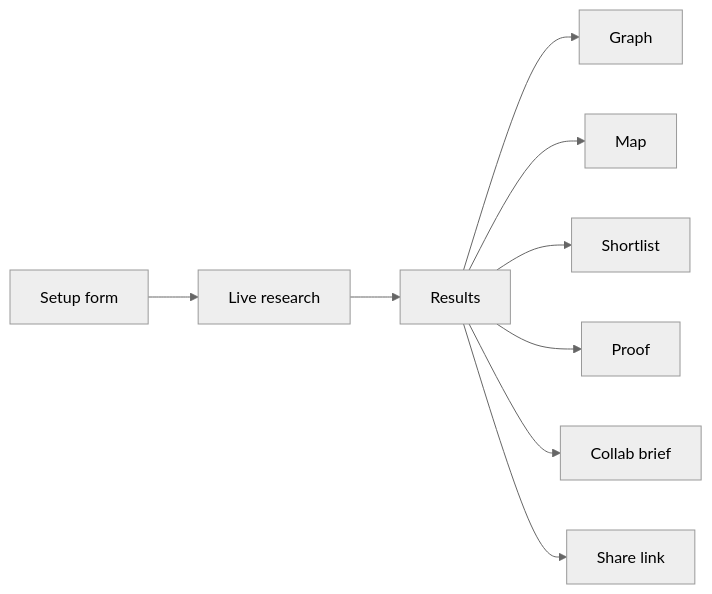
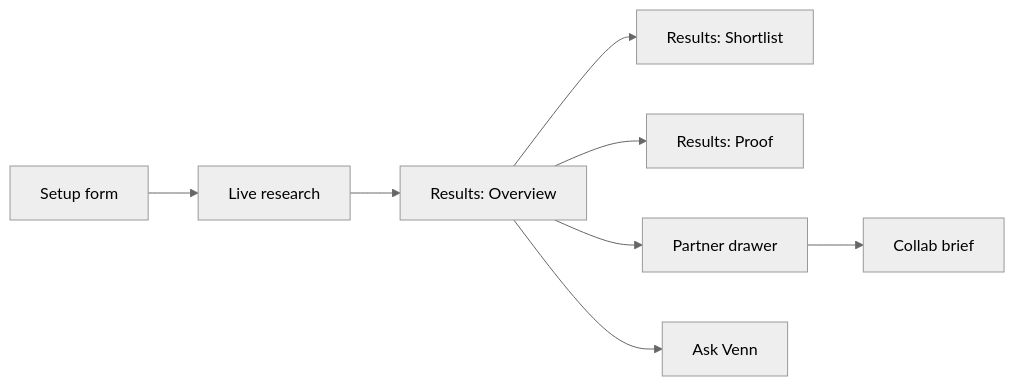
One commit to smehra670/venn-qloo-hackathon changed the diagram in docs/ALL_FEATURES.md. Above: the diagram before and after it, drawn with Mermaid (neutral theme). The commit also changed other lines of this file and 35 other files, not shown here.

First line of the commit message:
Ask Venn chat, Proof tab, and submission cleanup

````diff
--- a/docs/ALL_FEATURES.md
+++ b/docs/ALL_FEATURES.md
@@ -9,11 +11,10 @@
 ```mermaid
 flowchart LR
   Setup[Setup form] --> Research[Live research]
-  Research --> Results[Results]
-  Results --> Graph[Graph]
-  Results --> Map[Map]
-  Results --> Shortlist[Shortlist]
-  Results --> Proof[Proof]
-  Results --> Brief[Collab brief]
-  Results --> Share[Share link]
+  Research --> Overview[Results: Overview]
+  Overview --> Shortlist[Results: Shortlist]
+  Overview --> Proof[Results: Proof]
+  Overview --> Drawer[Partner drawer]
+  Drawer --> Brief[Collab brief]
+  Overview --> Chat[Ask Venn]
 ```
````
